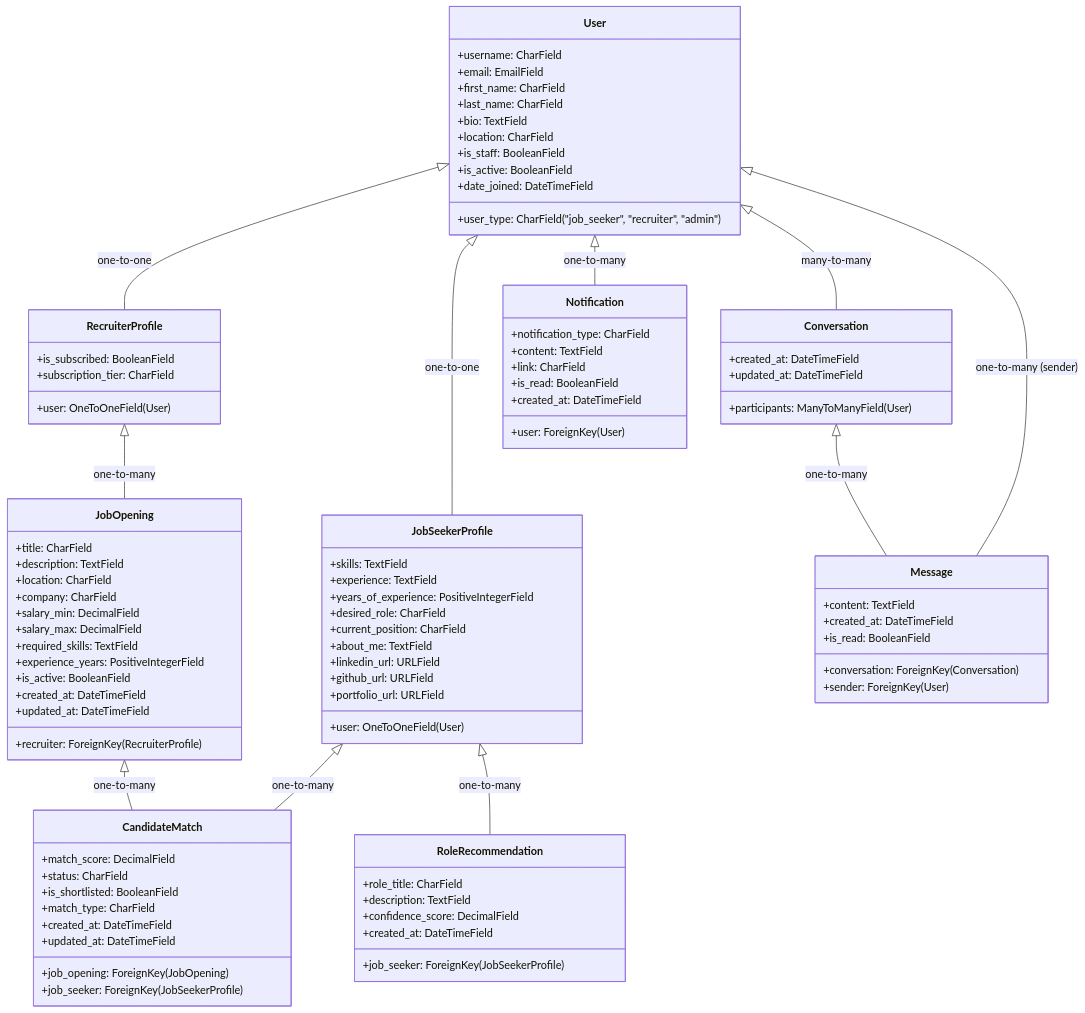
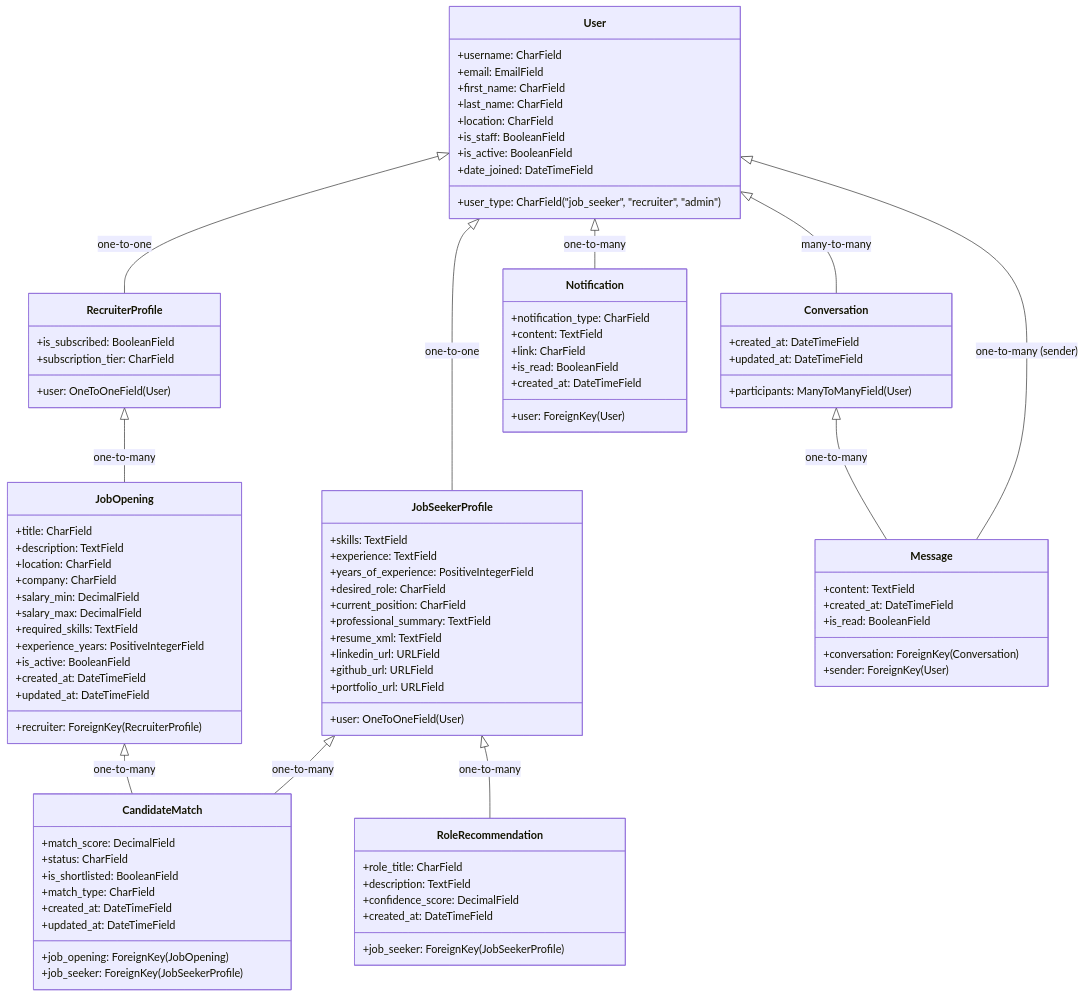
The diagram in docs/MODELS.md (btfranklin/hiredar-saas-archive), drawn with Mermaid before and after one commit. The commit also changed other lines of this file and 6 other files, not shown here.

```diff
--- a/docs/MODELS.md
+++ b/docs/MODELS.md
@@ -23,7 +23,6 @@
         +first_name: CharField
         +last_name: CharField
         +user_type: CharField("job_seeker", "recruiter", "admin")
-        +bio: TextField
         +location: CharField
         +is_staff: BooleanField
         +is_active: BooleanField
@@ -37,7 +36,8 @@
         +years_of_experience: PositiveIntegerField
         +desired_role: CharField
         +current_position: CharField
-        +about_me: TextField
+        +professional_summary: TextField
+        +resume_xml: TextField
         +linkedin_url: URLField
         +github_url: URLField
         +portfolio_url: URLField
```
